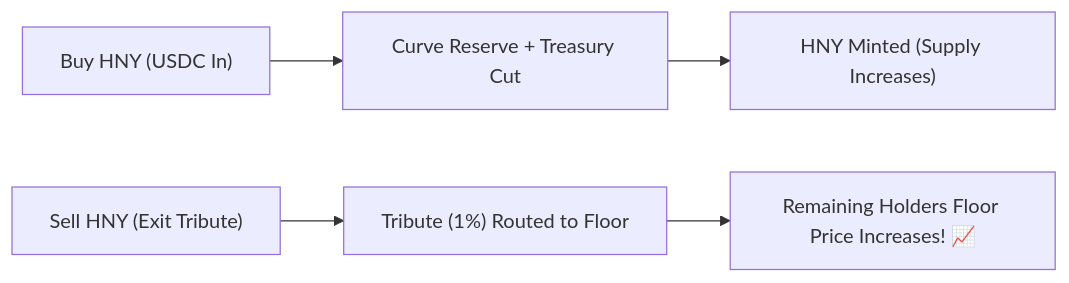
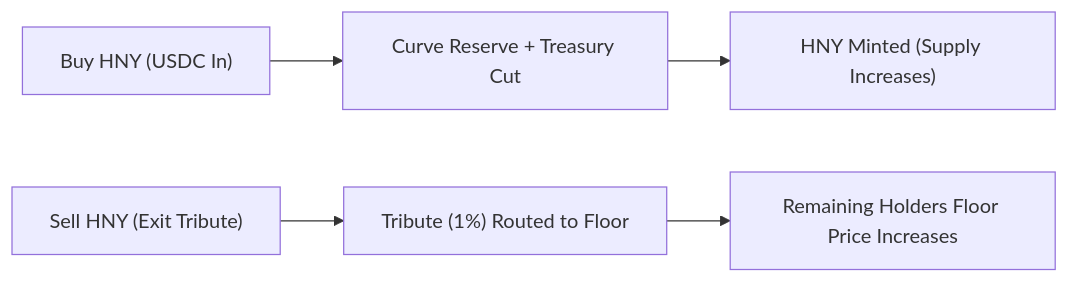
One commit to senhor-f/economic-zones changed the diagram in docs/architecture/bonding-curve.md. Above: the diagram before and after it, drawn with Mermaid. The commit also changed other lines of this file and 19 other files, not shown here.

Commit message:
docs: remove emojis and convert readme architecture overview to mermaid

````diff
--- a/docs/architecture/bonding-curve.md
+++ b/docs/architecture/bonding-curve.md
@@ -26,7 +26,7 @@
 ```mermaid
 graph LR
     A["Buy HNY (USDC In)"] --> B["Curve Reserve + Treasury Cut"]
     B --> C["HNY Minted (Supply Increases)"]
     D["Sell HNY (Exit Tribute)"] --> E["Tribute (1%) Routed to Floor"]
-    E --> F["Remaining Holders Floor Price Increases! 📈"]
+    E --> F["Remaining Holders Floor Price Increases"]
 ```
````
